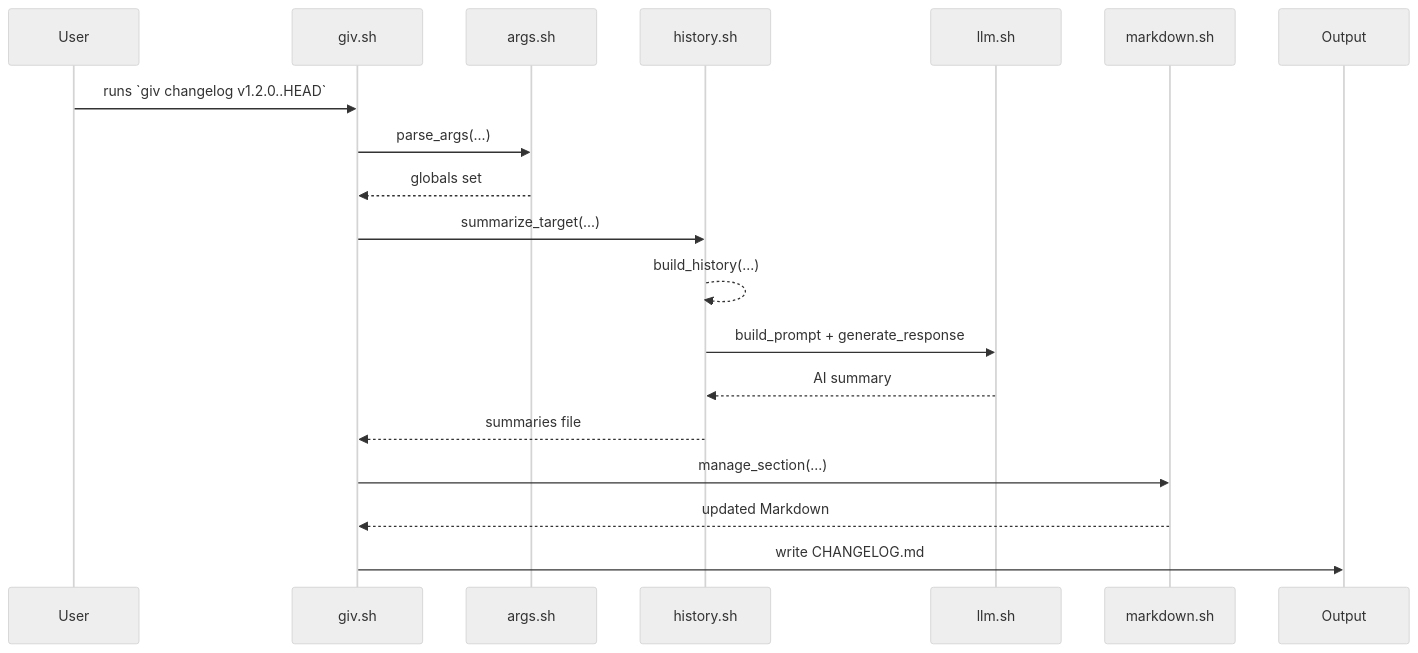
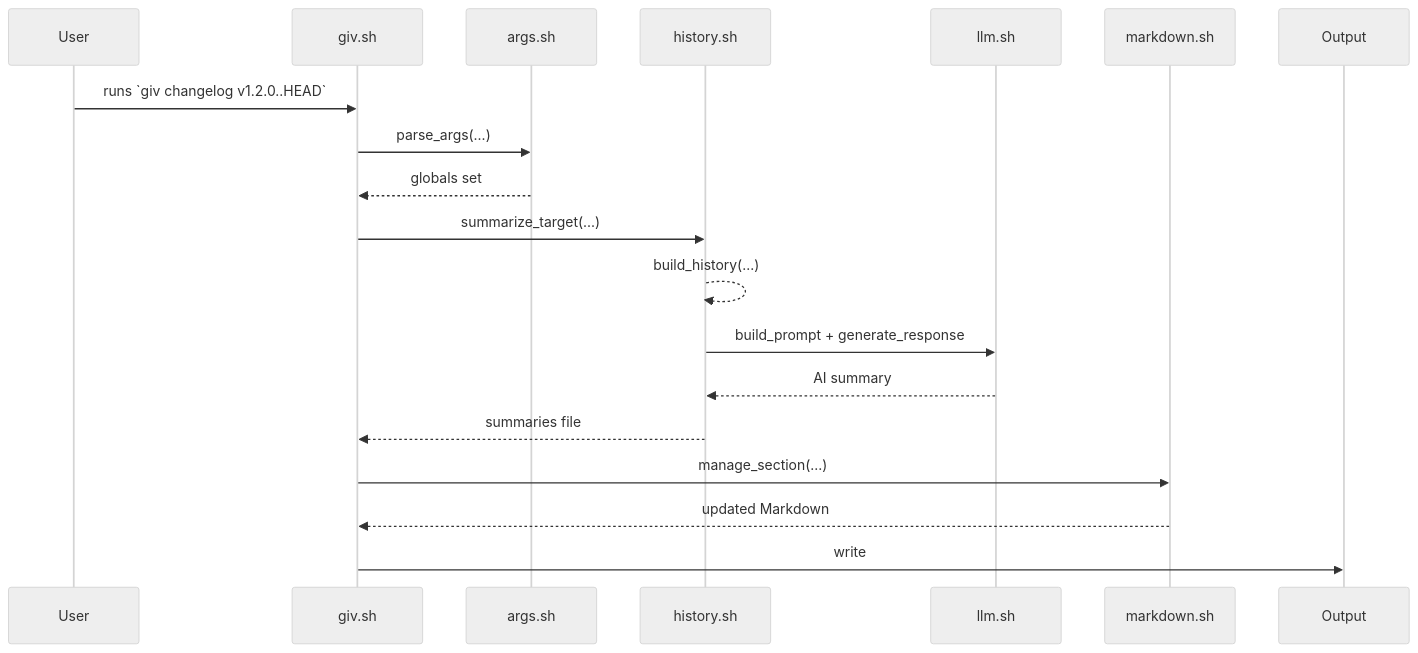
Before and after one commit to giv-cli/giv: the first of 4 diagrams in docs/architecture.md, drawn with Mermaid (neutral theme). The commit also changed other lines of this file and 16 other files, not shown here.

````diff
--- a/docs/architecture.md
+++ b/docs/architecture.md
@@ -93,22 +124,22 @@
 ```mermaid
 sequenceDiagram
     participant User
     participant giv.sh
     participant Args as args.sh
     participant History as history.sh
     participant LLM as llm.sh
     participant Markdown as markdown.sh
     participant Output
 
     User->>giv.sh: runs `giv changelog v1.2.0..HEAD`
     giv.sh->>Args: parse_args(...)
     Args-->>giv.sh: globals set
     giv.sh->>History: summarize_target(...)
     History-->>History: build_history(...)
     History->>LLM: build_prompt + generate_response
     LLM-->>History: AI summary
     History-->>giv.sh: summaries file
     giv.sh->>Markdown: manage_section(...)
     Markdown-->>giv.sh: updated Markdown
-    giv.sh->>Output: write CHANGELOG.md
+    giv.sh->>Output: write
 ```
````
